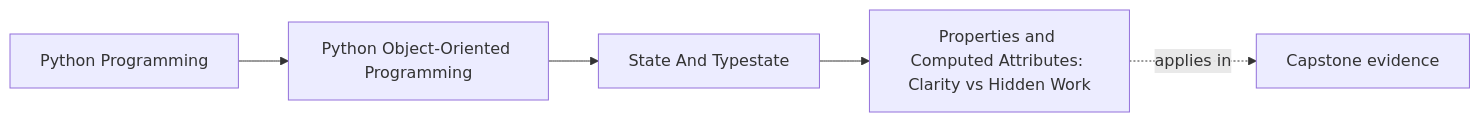
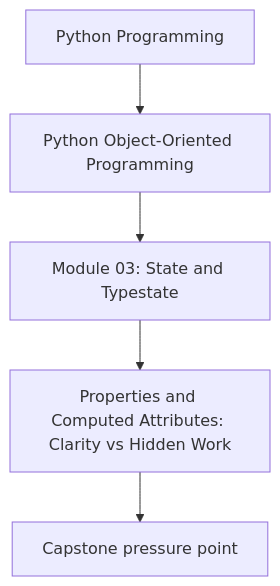
The first of 2 diagrams in programs/python-programming/python-object-oriented-programming/course-book/module-03-state-and-typestate/properties-and-computed-attributes.md (bijux/bijux-masterclass), drawn with Mermaid before and after one commit. The commit also changed other lines of this file and 107 other files, not shown here.

Commit message:
docs(python-object-oriented-programming): align concept page diagrams

````diff
--- a/programs/python-programming/python-object-oriented-programming/course-book/module-03-state-and-typestate/properties-and-computed-attributes.md
+++ b/programs/python-programming/python-object-oriented-programming/course-book/module-03-state-and-typestate/properties-and-computed-attributes.md
@@ -7,11 +7,7 @@
 ```mermaid
-graph LR
-  family["Python Programming"]
-  program["Python Object-Oriented Programming"]
-  section["State And Typestate"]
-  page["Properties and Computed Attributes: Clarity vs Hidden Work"]
-  capstone["Capstone evidence"]
-
-  family --> program --> section --> page
-  page -.applies in.-> capstone
+flowchart TD
+  family["Python Programming"] --> program["Python Object-Oriented Programming"]
+  program --> module["Module 03: State and Typestate"]
+  module --> concept["Properties and Computed Attributes: Clarity vs Hidden Work"]
+  concept --> capstone["Capstone pressure point"]
 ```
````
